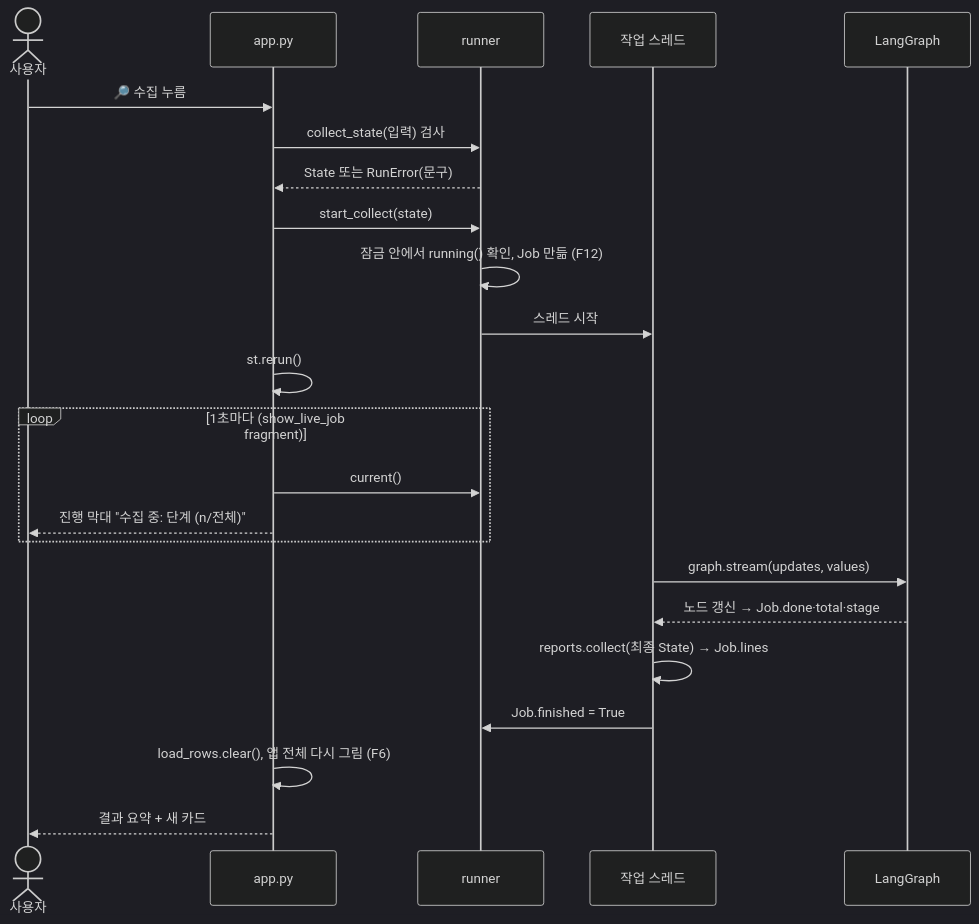
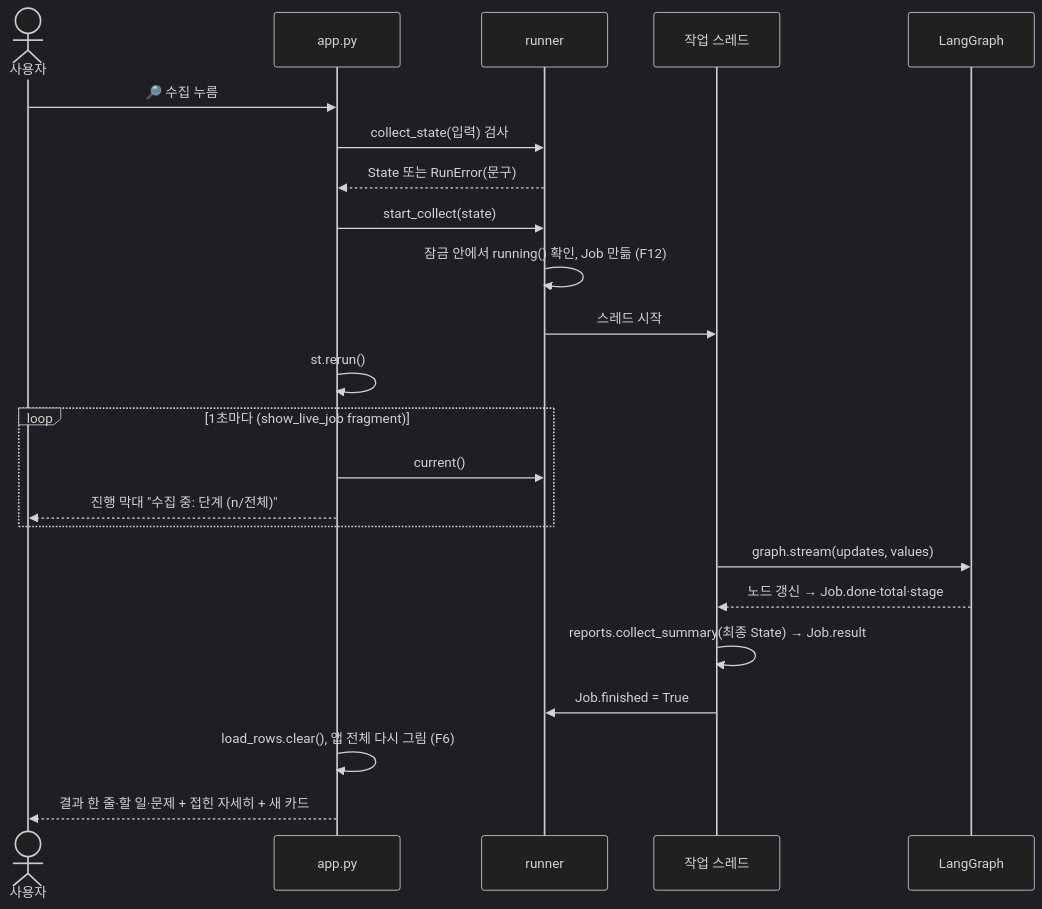
Before and after one commit to wogud98/jobvis: the second of 5 diagrams in docs/v0.5.2/02-design.md, drawn with Mermaid (dark theme). The commit also changed other lines of this file and 12 other files, not shown here.

````diff
--- a/docs/v0.5.2/02-design.md
+++ b/docs/v0.5.2/02-design.md
@@ -80,26 +86,26 @@
 ```mermaid
 sequenceDiagram
     actor U as 사용자
     participant A as app.py
     participant R as runner
     participant T as 작업 스레드
     participant G as LangGraph
 
     U->>A: 🔎 수집 누름
     A->>R: collect_state(입력) 검사
     R-->>A: State 또는 RunError(문구)
     A->>R: start_collect(state)
     R->>R: 잠금 안에서 running() 확인, Job 만듦 (F12)
     R->>T: 스레드 시작
     A->>A: st.rerun()
     loop 1초마다 (show_live_job fragment)
         A->>R: current()
         A-->>U: 진행 막대 "수집 중: 단계 (n/전체)"
     end
     T->>G: graph.stream(updates, values)
     G-->>T: 노드 갱신 → Job.done·total·stage
-    T->>T: reports.collect(최종 State) → Job.lines
+    T->>T: reports.collect_summary(최종 State) → Job.result
     T->>R: Job.finished = True
     A->>A: load_rows.clear(), 앱 전체 다시 그림 (F6)
-    A-->>U: 결과 요약 + 새 카드
+    A-->>U: 결과 한 줄·할 일·문제 + 접힌 자세히 + 새 카드
 ```
````
